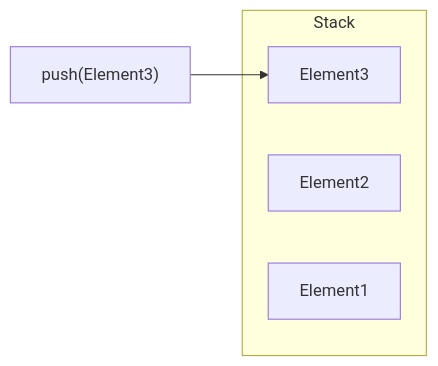
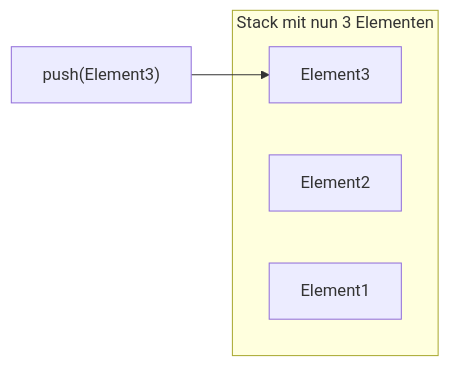
Before and after one commit to stefanmaeder/assembler: the diagram in slides/03_stack-2b.md, drawn with Mermaid.

````diff
--- a/slides/03_stack-2b.md
+++ b/slides/03_stack-2b.md
@@ -1,12 +1,12 @@
 ```mermaid
 flowchart LR
     push["push(Element3)"]
     
-    subgraph Stack
+    subgraph "Stack mit nun 3 Elementen"
         C["Element3"]
         B["Element2"]
         A["Element1"]
     end
     
     push --> C
 ```
````
